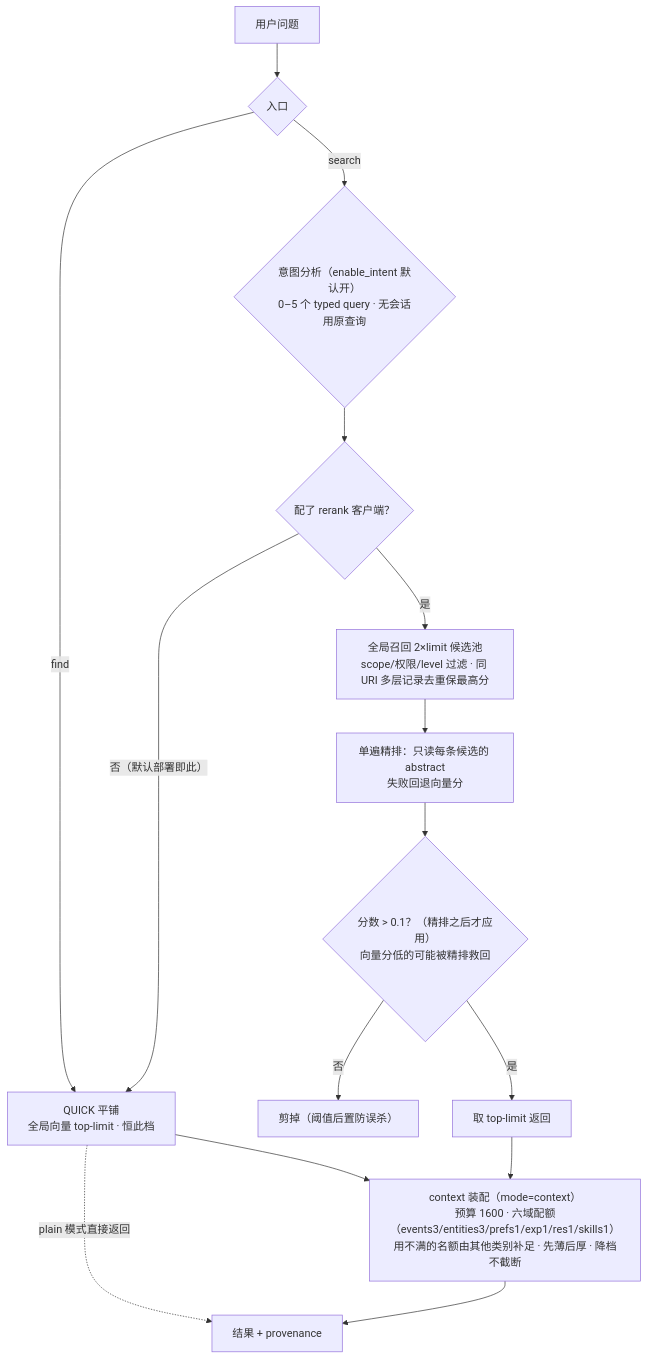
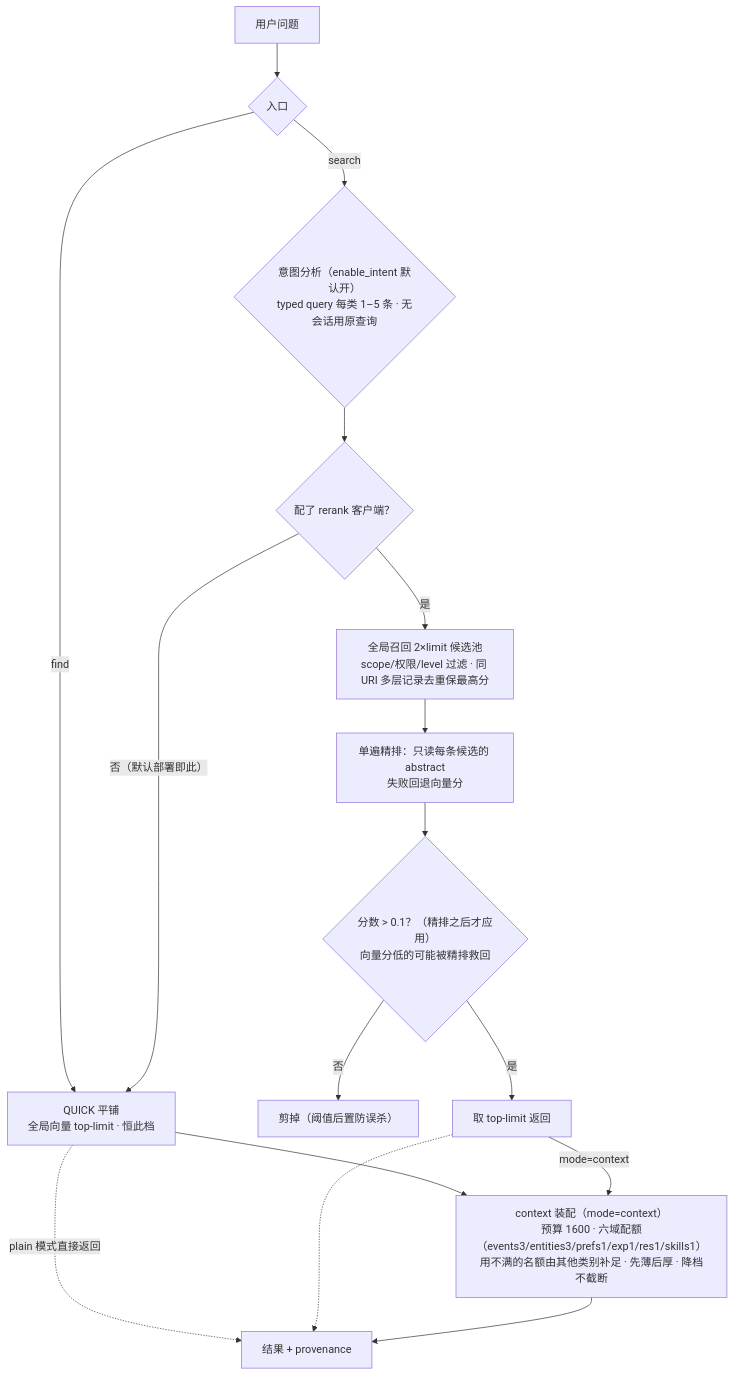
The diagram in docs/assets/mermaid/cognitive-context/openviking--retrieval-phase.mmd (ThreeFish-AI/negentropy), drawn with Mermaid before and after one commit. The commit also changed 21 other files, not shown here.

First line of the commit message:
docs(OpenViking): 014 换代评审修复 35 项：主文档口径与行号锚对齐、lab peer 降权与断言修复、检索相/意图两图重渲与索引同步;

```diff
--- a/docs/assets/mermaid/cognitive-context/openviking--retrieval-phase.mmd
+++ b/docs/assets/mermaid/cognitive-context/openviking--retrieval-phase.mmd
@@ -1,20 +1,21 @@
 %% source: docs/research/cognitive-context/014-openviking.md §5（图 2；换代重绘）
 %% slug: openviking--retrieval-phase
 %% type: workflow
 %% derived: docs/assets/architecture/cognitive-context/openviking--retrieval-phase.html
 %% fix: 2026-10-22 上游 #5450（v0.4.23）删除目录递归/父分传播/收敛刹车，本图按钉点 6227af51 全量重绘
 flowchart TD
   Q["用户问题"] --> ENTRY{"入口"}
   ENTRY -- "find" --> QUICK["QUICK 平铺<br/>全局向量 top-limit · 恒此档"]
-  ENTRY -- "search" --> INT{"意图分析（enable_intent 默认开）<br/>0–5 个 typed query · 无会话用原查询"}
+  ENTRY -- "search" --> INT{"意图分析（enable_intent 默认开）<br/>typed query 每类 1–5 条 · 无会话用原查询"}
   INT --> MODE{"配了 rerank 客户端？"}
   MODE -- "否（默认部署即此）" --> QUICK
   MODE -- "是" --> POOL["全局召回 2×limit 候选池<br/>scope/权限/level 过滤 · 同 URI 多层记录去重保最高分"]
   QUICK --> ASM["context 装配（mode=context）<br/>预算 1600 · 六域配额（events3/entities3/prefs1/exp1/res1/skills1）<br/>用不满的名额由其他类别补足 · 先薄后厚 · 降档不截断"]
   POOL --> RERANK["单遍精排：只读每条候选的 abstract<br/>失败回退向量分"]
   RERANK --> THRESH{"分数 > 0.1？（精排之后才应用）<br/>向量分低的可能被精排救回"}
   THRESH -- "否" --> CUT["剪掉（阈值后置防误杀）"]
   THRESH -- "是" --> TOP["取 top-limit 返回"]
-  TOP --> ASM
+  TOP -->|"mode=context"| ASM
   QUICK -.->|"plain 模式直接返回"| OUT["结果 + provenance"]
+  TOP -.-> OUT
   ASM --> OUT
```
